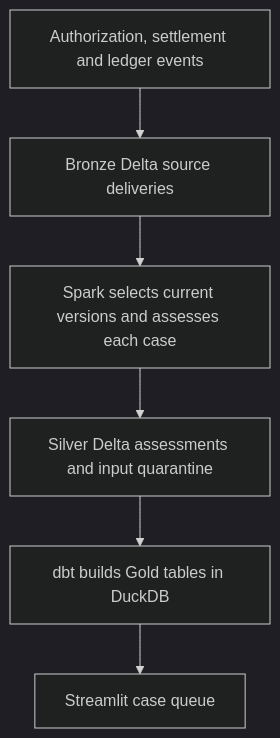
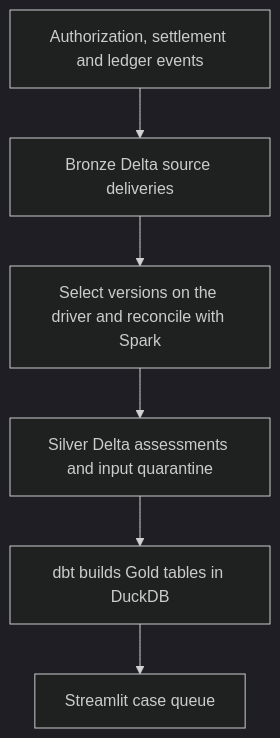
Before and after one commit to HetAshar13/AegisLake: the first of 2 diagrams in ARCHITECTURE.md, drawn with Mermaid (dark theme). The commit also changed 1 other file, not shown here.

Commit message:
Show the payment replay architecture and SQL repair receipt

````diff
--- a/ARCHITECTURE.md
+++ b/ARCHITECTURE.md
@@ -5,8 +5,8 @@
 ```mermaid
 flowchart TD
     A["Authorization, settlement and ledger events"] --> B["Bronze Delta source deliveries"]
-    B --> C["Spark selects current versions and assesses each case"]
+    B --> C["Select versions on the driver and reconcile with Spark"]
     C --> D["Silver Delta assessments and input quarantine"]
     D --> E["dbt builds Gold tables in DuckDB"]
     E --> F["Streamlit case queue"]
 ```
````
